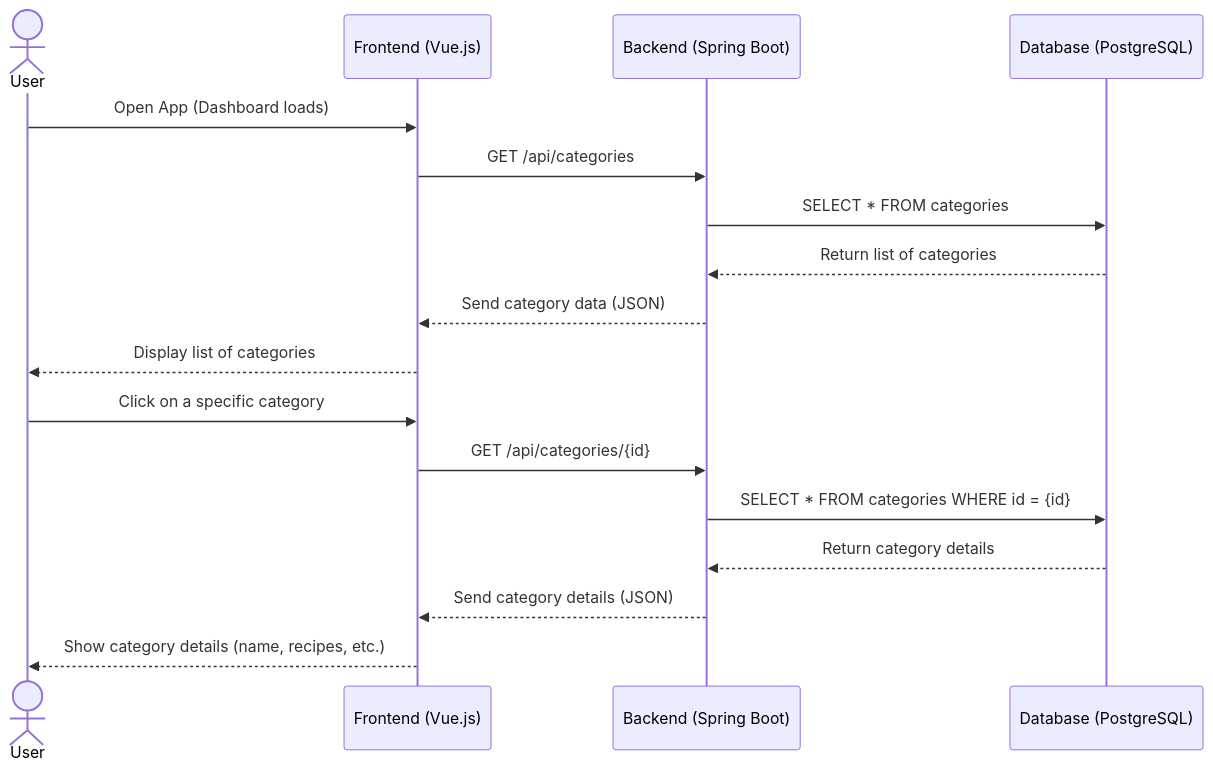
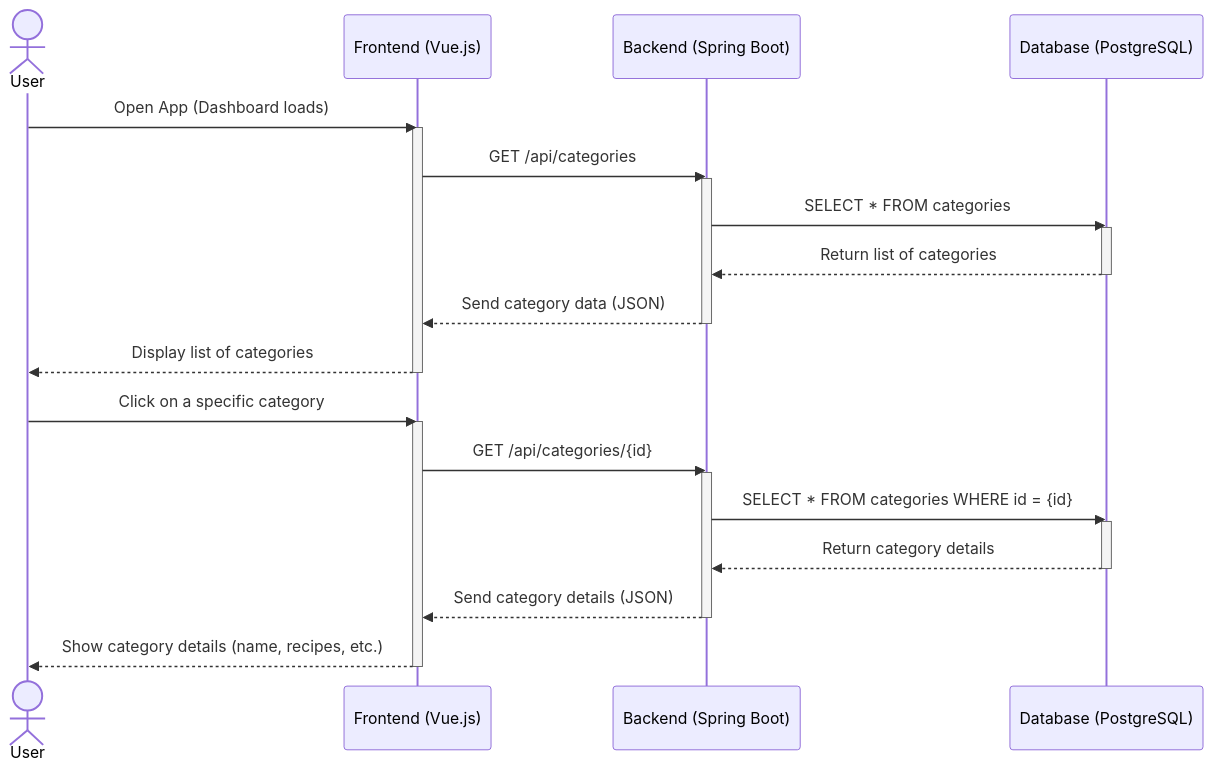
One commit to Nom-Nom-Now/docs changed the diagram in Usecases/UC2_Category.md. Above: the diagram before and after it, drawn with Mermaid. The commit also changed 8 other files, not shown here.

Commit message:
add activity balken to diagrams

````diff
--- a/Usecases/UC2_Category.md
+++ b/Usecases/UC2_Category.md
@@ -20,21 +20,33 @@
 ```mermaid
 sequenceDiagram
     actor User
     participant FE as Frontend (Vue.js)
     participant BE as Backend (Spring Boot)
     participant DB as Database (PostgreSQL)
 
     User->>FE: Open App (Dashboard loads)
+    activate FE
     FE->>BE: GET /api/categories
+    activate BE
     BE->>DB: SELECT * FROM categories
+    activate DB
     DB-->>BE: Return list of categories
+    deactivate DB
     BE-->>FE: Send category data (JSON)
+    deactivate BE
     FE-->>User: Display list of categories
+    deactivate FE
 
     User->>FE: Click on a specific category
+    activate FE
     FE->>BE: GET /api/categories/{id}
+    activate BE
     BE->>DB: SELECT * FROM categories WHERE id = {id}
+    activate DB
     DB-->>BE: Return category details
+    deactivate DB
     BE-->>FE: Send category details (JSON)
+    deactivate BE
     FE-->>User: Show category details (name, recipes, etc.)
+    deactivate FE
 ```
````
